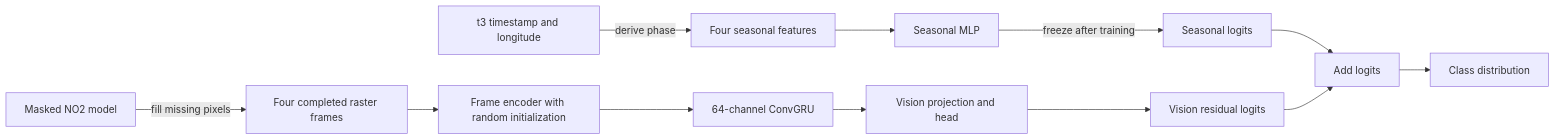
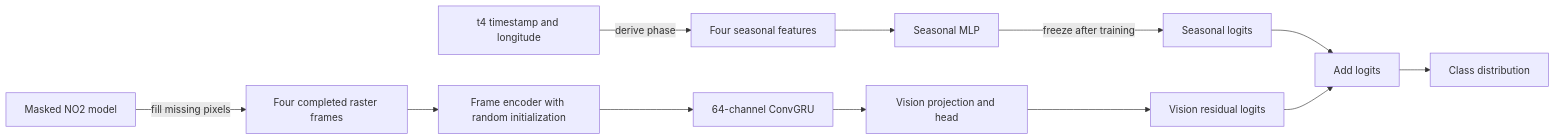
The diagram in docs/delta-modeling/modeling.md (pranav-walimbe/powerplant-modeling), drawn with Mermaid before and after one commit. The commit also changed other lines of this file and 7 other files, not shown here.

````diff
--- a/docs/delta-modeling/modeling.md
+++ b/docs/delta-modeling/modeling.md
@@ -93,16 +93,16 @@
 ```mermaid
 flowchart LR
-    Timestamp[t3 timestamp and longitude] -->|derive phase| SeasonalFeatures[Four seasonal features]
+    Timestamp[t4 timestamp and longitude] -->|derive phase| SeasonalFeatures[Four seasonal features]
     SeasonalFeatures --> SeasonalMLP[Seasonal MLP]
     SeasonalMLP -->|freeze after training| SeasonalLogits[Seasonal logits]
 
     MaskedModel[Masked NO2 model] -->|fill missing pixels| Completed[Four completed raster frames]
     Completed --> FrameEncoder[Frame encoder with random initialization]
     FrameEncoder --> ConvGRU[64-channel ConvGRU]
     ConvGRU --> VisionHead[Vision projection and head]
     VisionHead --> VisionLogits[Vision residual logits]
 
     SeasonalLogits --> Add[Add logits]
     VisionLogits --> Add
     Add --> Distribution[Class distribution]
 ```
````
